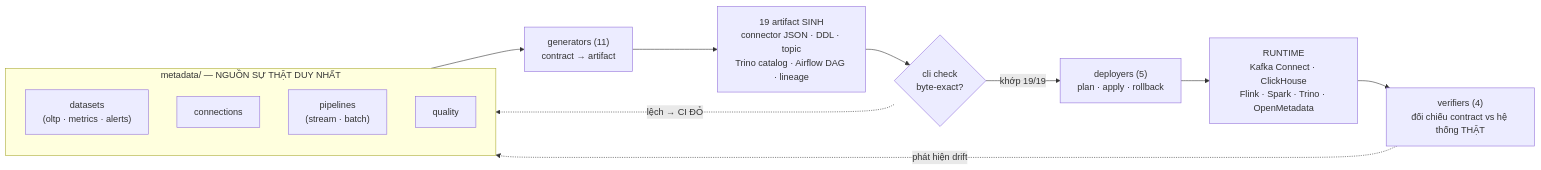
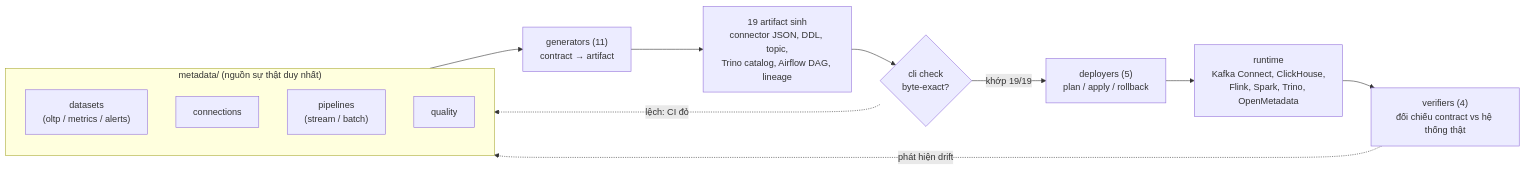
The first of 3 diagrams in README.md (chickinone/bigdata_platform), drawn with Mermaid before and after one commit. The commit also changed other lines of this file and 80 other files, not shown here.

````diff
--- a/README.md
+++ b/README.md
@@ -49,18 +38,18 @@
 ```mermaid
 flowchart LR
-    subgraph SOT["metadata/ — NGUỒN SỰ THẬT DUY NHẤT"]
+    subgraph SOT["metadata/ (nguồn sự thật duy nhất)"]
         direction TB
-        DS["datasets<br/>(oltp · metrics · alerts)"]
+        DS["datasets<br/>(oltp / metrics / alerts)"]
         CN["connections"]
-        PP["pipelines<br/>(stream · batch)"]
+        PP["pipelines<br/>(stream / batch)"]
         QL["quality"]
     end
     SOT --> GEN["generators (11)<br/>contract → artifact"]
-    GEN --> ART["19 artifact SINH<br/>connector JSON · DDL · topic<br/>Trino catalog · Airflow DAG · lineage"]
+    GEN --> ART["19 artifact sinh<br/>connector JSON, DDL, topic,<br/>Trino catalog, Airflow DAG, lineage"]
     ART --> CHK{"cli check<br/>byte-exact?"}
-    CHK -->|"khớp 19/19"| DEP["deployers (5)<br/>plan · apply · rollback"]
-    CHK -.->|"lệch → CI ĐỎ"| SOT
-    DEP --> RT["RUNTIME<br/>Kafka Connect · ClickHouse<br/>Flink · Spark · Trino · OpenMetadata"]
-    RT --> VER["verifiers (4)<br/>đối chiếu contract vs hệ thống THẬT"]
+    CHK -->|"khớp 19/19"| DEP["deployers (5)<br/>plan / apply / rollback"]
+    CHK -.->|"lệch: CI đỏ"| SOT
+    DEP --> RT["runtime<br/>Kafka Connect, ClickHouse,<br/>Flink, Spark, Trino, OpenMetadata"]
+    RT --> VER["verifiers (4)<br/>đối chiếu contract vs hệ thống thật"]
     VER -.->|"phát hiện drift"| SOT
 ```
````
